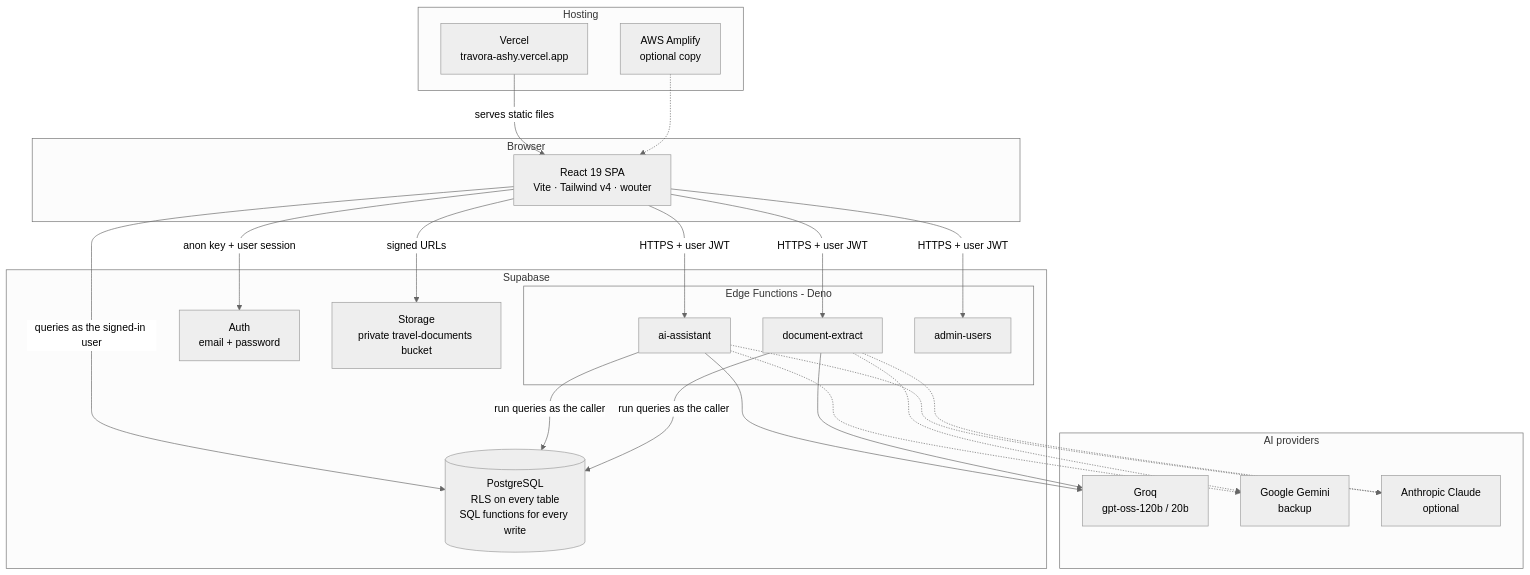
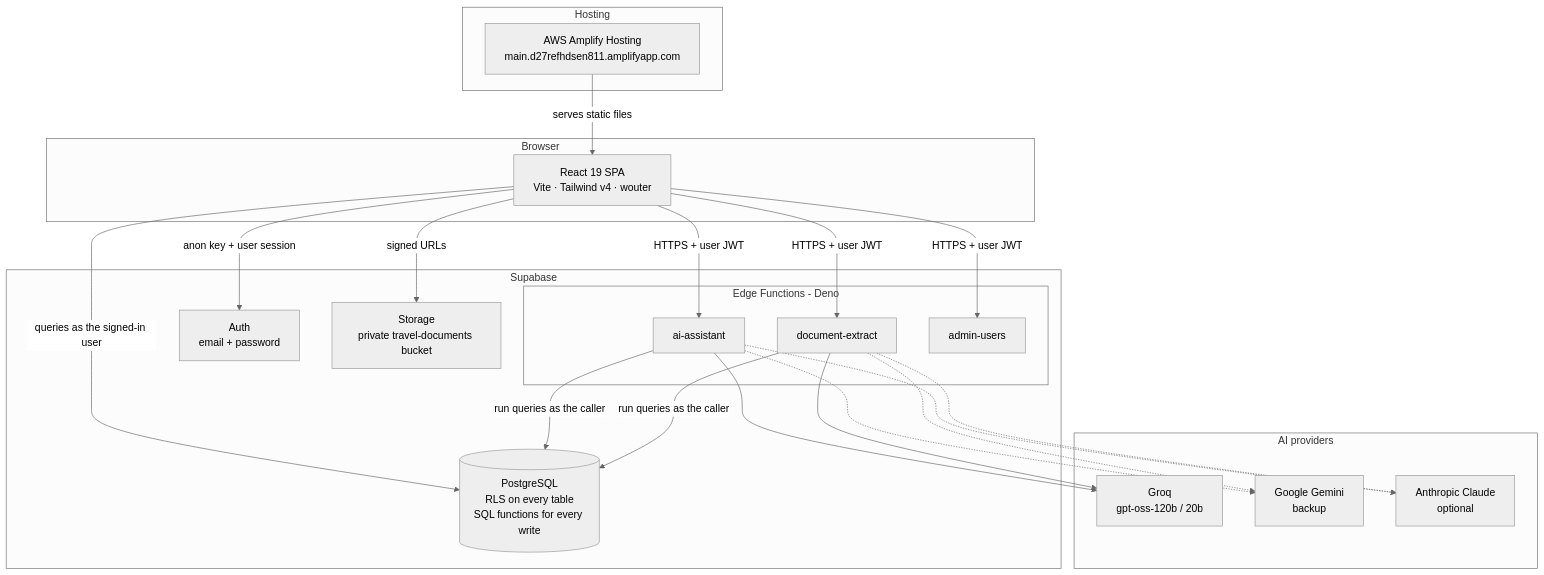
One commit to Ddharsh1707/Travora changed the second of 2 diagrams in README.md. Above: the diagram before and after it, drawn with Mermaid (neutral theme). The commit also changed other lines of this file, not shown here.

First line of the commit message:
README: the live site is on AWS Amplify, not Vercel

````diff
--- a/README.md
+++ b/README.md
@@ -83,39 +83,37 @@
 ```mermaid
 flowchart TB
     subgraph Browser
         UI[React 19 SPA<br/>Vite · Tailwind v4 · wouter]
     end
 
     subgraph Hosting
-        V[Vercel<br/>travora-ashy.vercel.app]
-        AM[AWS Amplify<br/>optional copy]
+        AM[AWS Amplify Hosting<br/>main.d27refhdsen811.amplifyapp.com]
     end
 
     subgraph Supabase
         AUTH[Auth<br/>email + password]
         DB[(PostgreSQL<br/>RLS on every table<br/>SQL functions for every write)]
         ST[Storage<br/>private travel-documents bucket]
         subgraph Edge Functions - Deno
             F1[ai-assistant]
             F2[document-extract]
             F3[admin-users]
         end
     end
 
     subgraph AI providers
         GROQ[Groq<br/>gpt-oss-120b / 20b]
         GEM[Google Gemini<br/>backup]
         ANT[Anthropic Claude<br/>optional]
     end
 
-    V -->|serves static files| UI
-    AM -.-> UI
+    AM -->|serves static files| UI
     UI -->|anon key + user session| AUTH
     UI -->|queries as the signed-in user| DB
     UI -->|signed URLs| ST
     UI -->|HTTPS + user JWT| F1 & F2 & F3
     F1 & F2 -->|run queries as the caller| DB
     F1 & F2 --> GROQ
     F1 & F2 -.-> GEM
     F1 & F2 -.-> ANT
 ```
````
